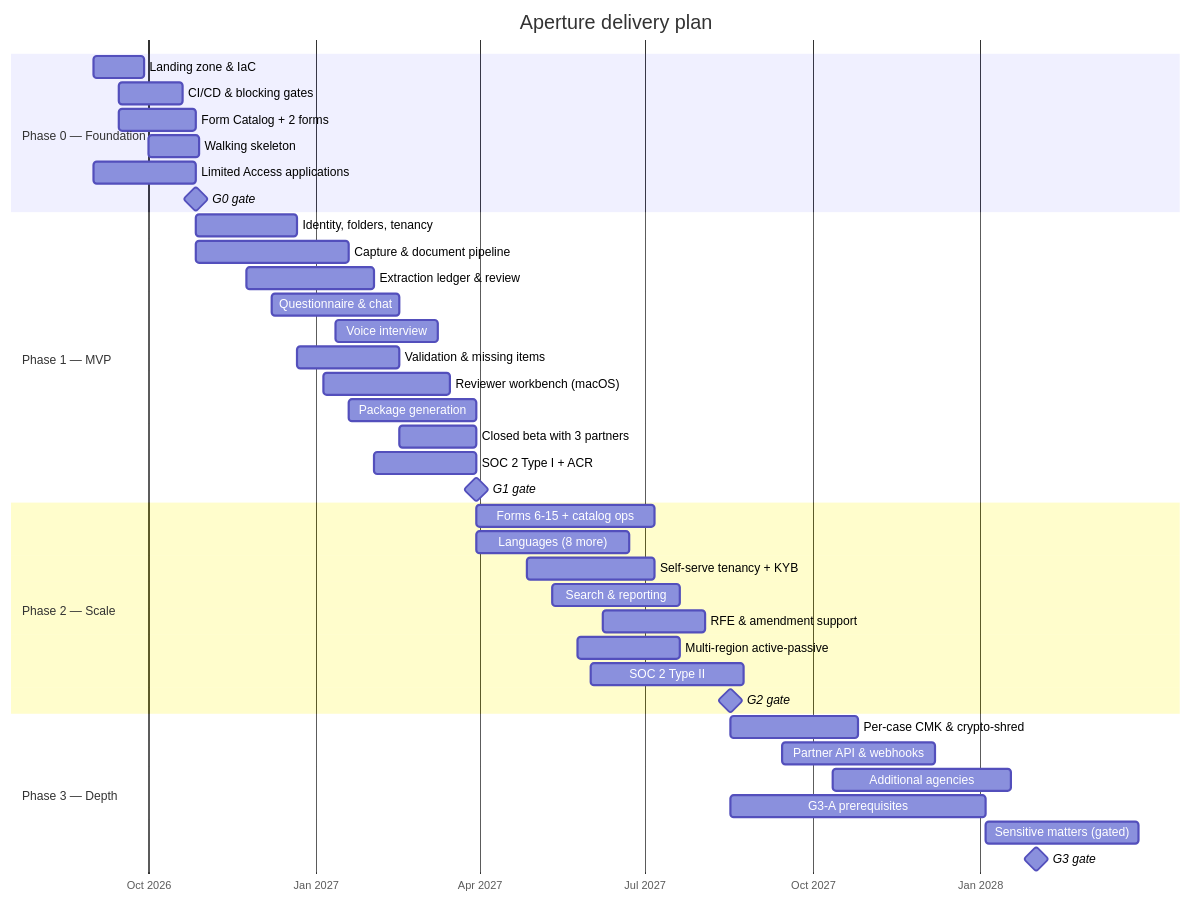
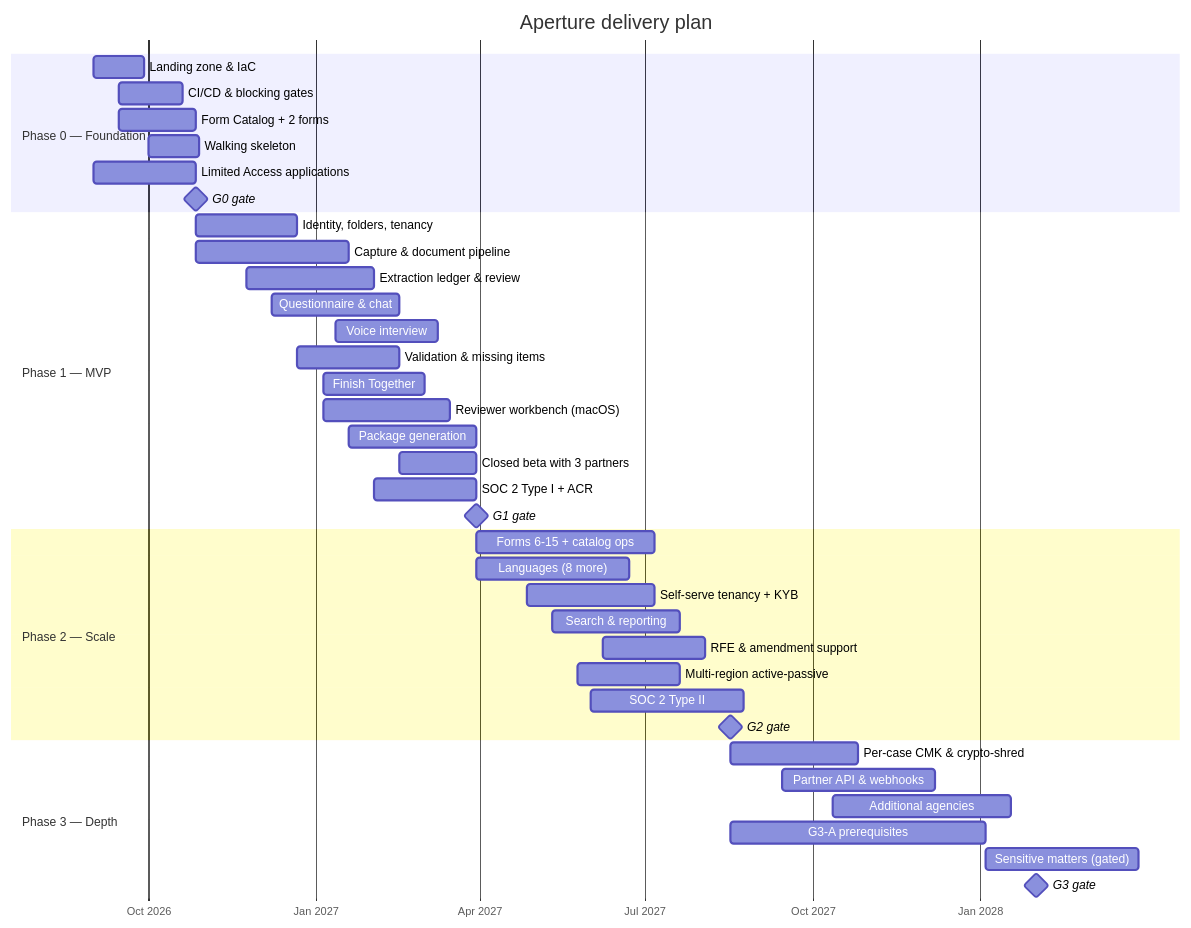
One commit to HybridCloudWorks/PEN-lapluma_app changed the diagram in docs/11-roadmap.md. Above: the diagram before and after it, drawn with Mermaid. The commit also changed other lines of this file and 33 other files, not shown here.

````diff
--- a/docs/11-roadmap.md
+++ b/docs/11-roadmap.md
@@ -10,45 +10,46 @@
 ```mermaid
 gantt
   title Aperture delivery plan
   dateFormat YYYY-MM-DD
   axisFormat %b %Y
 
   section Phase 0 — Foundation
   Landing zone & IaC            :p0a, 2026-09-01, 4w
   CI/CD & blocking gates        :p0b, 2026-09-15, 5w
   Form Catalog + 2 forms        :p0c, 2026-09-15, 6w
   Walking skeleton              :p0d, 2026-10-01, 4w
   Limited Access applications   :p0e, 2026-09-01, 8w
   G0 gate                       :milestone, g0, 2026-10-27, 0d
 
   section Phase 1 — MVP
   Identity, folders, tenancy    :p1a, 2026-10-27, 8w
   Capture & document pipeline   :p1b, 2026-10-27, 12w
   Extraction ledger & review    :p1c, 2026-11-24, 10w
   Questionnaire & chat          :p1d, 2026-12-08, 10w
   Voice interview               :p1e, 2027-01-12, 8w
   Validation & missing items    :p1f, 2026-12-22, 8w
+  Finish Together               :p1k, 2027-01-05, 8w
   Reviewer workbench (macOS)    :p1g, 2027-01-05, 10w
   Package generation            :p1h, 2027-01-19, 10w
   Closed beta with 3 partners   :p1i, 2027-02-16, 6w
   SOC 2 Type I + ACR            :p1j, 2027-02-02, 8w
   G1 gate                       :milestone, g1, 2027-03-30, 0d
 
   section Phase 2 — Scale
   Forms 6-15 + catalog ops      :p2a, 2027-03-30, 14w
   Languages (8 more)            :p2b, 2027-03-30, 12w
   Self-serve tenancy + KYB      :p2c, 2027-04-27, 10w
   Search & reporting            :p2d, 2027-05-11, 10w
   RFE & amendment support       :p2e, 2027-06-08, 8w
   Multi-region active-passive   :p2f, 2027-05-25, 8w
   SOC 2 Type II                 :p2g, 2027-06-01, 12w
   G2 gate                       :milestone, g2, 2027-08-17, 0d
 
   section Phase 3 — Depth
   Per-case CMK & crypto-shred   :p3a, 2027-08-17, 10w
   Partner API & webhooks        :p3b, 2027-09-14, 12w
   Additional agencies           :p3c, 2027-10-12, 14w
   G3-A prerequisites            :p3d, 2027-08-17, 20w
   Sensitive matters (gated)     :p3e, 2028-01-04, 12w
   G3 gate                       :milestone, g3, 2028-02-01, 0d
 ```
````
